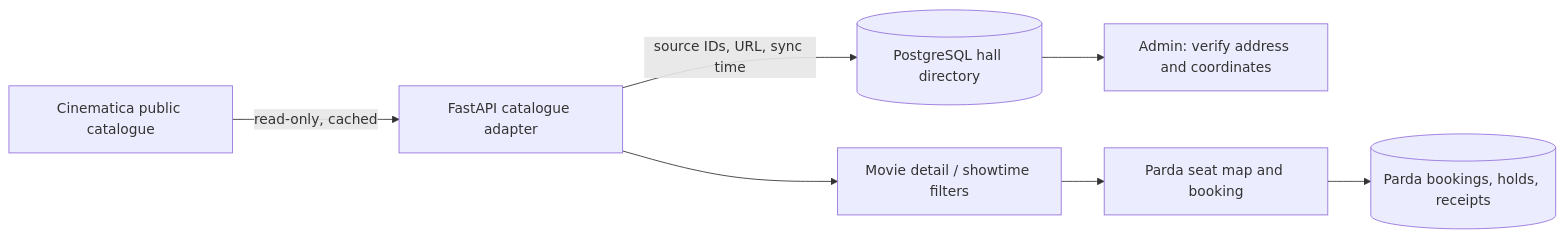
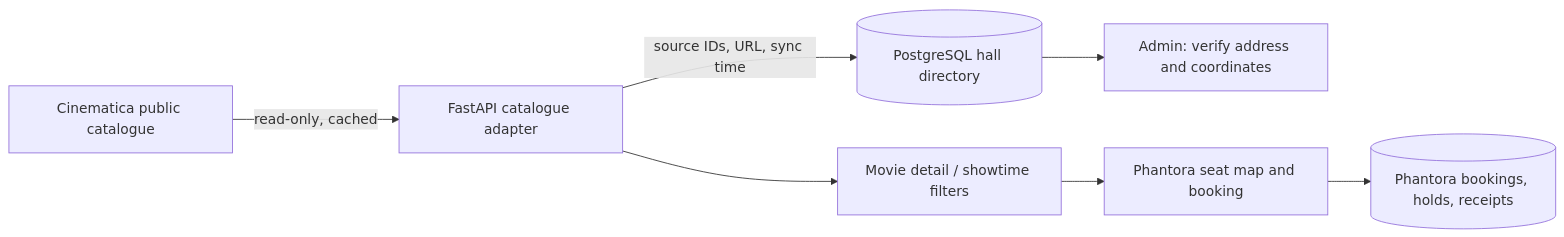
The diagram in README.md (oktambek7/booking-system), drawn with Mermaid before and after one commit. The commit also changed other lines of this file and 12 other files, not shown here.

````diff
--- a/README.md
+++ b/README.md
@@ -400,9 +406,9 @@
 ```mermaid
 flowchart LR
   C[Cinematica public catalogue] -->|read-only, cached| S[FastAPI catalogue adapter]
   S -->|source IDs, URL, sync time| D[(PostgreSQL hall directory)]
   D --> A[Admin: verify address and coordinates]
   S --> F[Movie detail / showtime filters]
-  F --> B[Parda seat map and booking]
-  B --> D2[(Parda bookings, holds, receipts)]
+  F --> B[Phantora seat map and booking]
+  B --> D2[(Phantora bookings, holds, receipts)]
 ```
````
